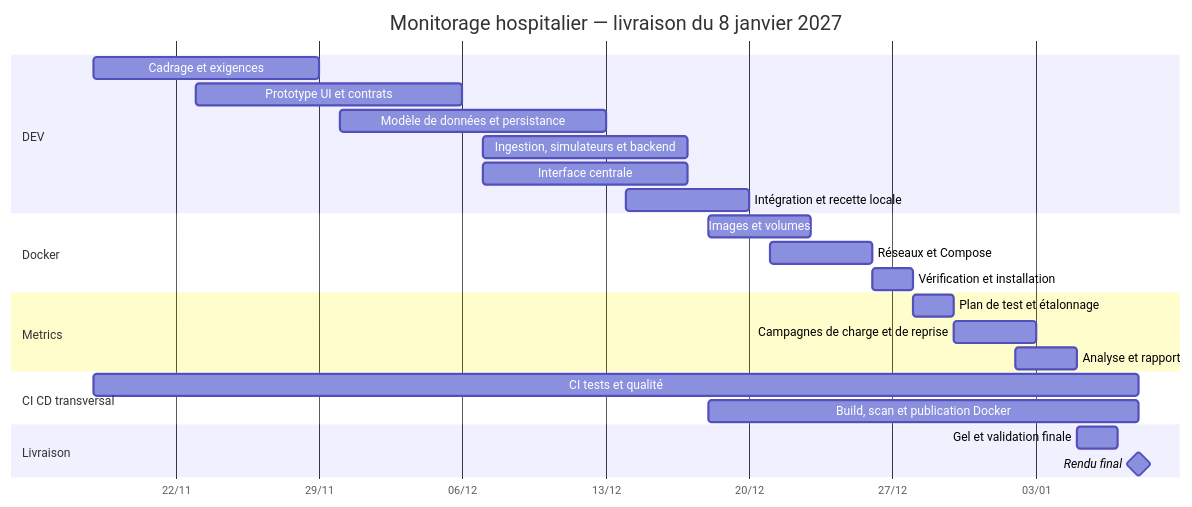
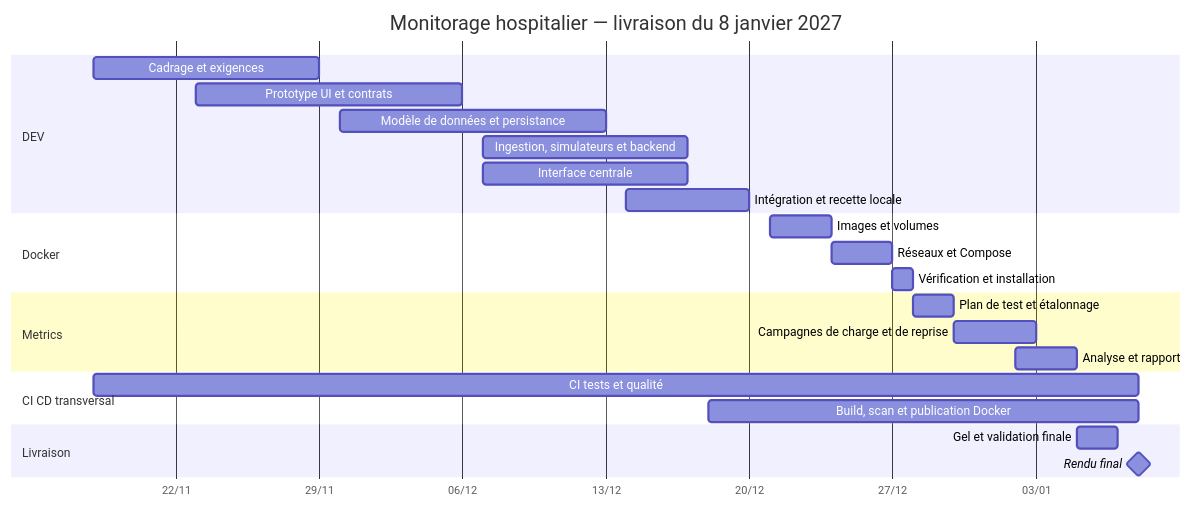
The diagram in docs/analyse/monitorage-hospitalier/13-pilotage-projet/03-gantt-generique.md (Hicha-m/simulation-remote-medical-monitoring), drawn with Mermaid before and after one commit. The commit also changed other lines of this file, not shown here.

Commit message:
docs(project): sequence Docker and Metrics after DEV gate

```diff
--- a/docs/analyse/monitorage-hospitalier/13-pilotage-projet/03-gantt-generique.md
+++ b/docs/analyse/monitorage-hospitalier/13-pilotage-projet/03-gantt-generique.md
@@ -46,32 +46,32 @@
 ~~~mermaid
 gantt
     title Monitorage hospitalier — livraison du 8 janvier 2027
     dateFormat YYYY-MM-DD
     axisFormat %d/%m
 
     section DEV
     Cadrage et exigences                  :a1, 2026-11-18, 2026-11-29
     Prototype UI et contrats              :a2, 2026-11-23, 2026-12-06
     Modèle de données et persistance      :a3, 2026-11-30, 2026-12-13
     Ingestion, simulateurs et backend     :a4, 2026-12-07, 2026-12-17
     Interface centrale                    :a5, 2026-12-07, 2026-12-17
     Intégration et recette locale         :a6, 2026-12-14, 2026-12-20
 
     section Docker
-    Images et volumes                     :b1, 2026-12-18, 2026-12-23
-    Réseaux et Compose                    :b2, 2026-12-21, 2026-12-26
-    Vérification et installation          :b3, 2026-12-26, 2026-12-28
+    Images et volumes                     :b1, 2026-12-21, 3d
+    Réseaux et Compose                    :b2, 2026-12-24, 3d
+    Vérification et installation          :b3, 2026-12-27, 1d
 
     section Metrics
-    Plan de test et étalonnage            :c1, 2026-12-28, 2026-12-30
-    Campagnes de charge et de reprise     :c2, 2026-12-30, 2027-01-03
-    Analyse et rapport                    :c3, 2027-01-02, 2027-01-05
+    Plan de test et étalonnage            :c1, 2026-12-28, 2d
+    Campagnes de charge et de reprise     :c2, 2026-12-30, 4d
+    Analyse et rapport                    :c3, 2027-01-02, 3d
 
     section CI CD transversal
     CI tests et qualité                   :d1, 2026-11-18, 2027-01-08
     Build, scan et publication Docker     :d2, 2026-12-18, 2027-01-08
 
     section Livraison
     Gel et validation finale              :e1, 2027-01-05, 2027-01-07
     Rendu final                           :milestone, e2, 2027-01-08, 0d
 ~~~
```
